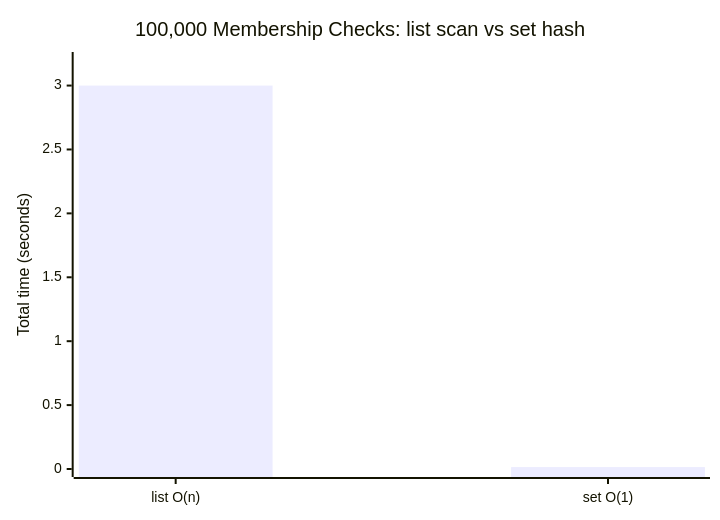
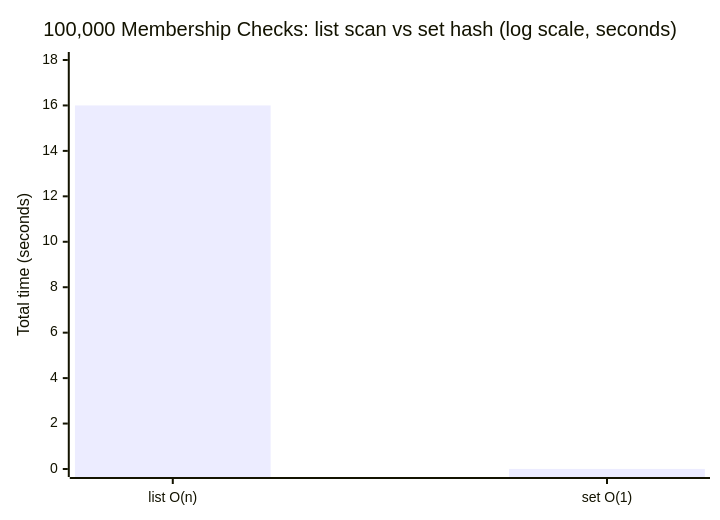
The third of 4 diagrams in src/main/java/com/rutik/systemdesign/python/collections_and_data_structures/README.md (rppol/system-design), drawn with Mermaid before and after one commit. The commit also changed other lines of this file and 6 other files, not shown here.

````diff
--- a/src/main/java/com/rutik/systemdesign/python/collections_and_data_structures/README.md
+++ b/src/main/java/com/rutik/systemdesign/python/collections_and_data_structures/README.md
@@ -816,7 +823,7 @@
 ```mermaid
 xychart-beta
-    title "100,000 Membership Checks: list scan vs set hash"
+    title "100,000 Membership Checks: list scan vs set hash (log scale, seconds)"
     x-axis ["list O(n)", "set O(1)"]
-    y-axis "Total time (seconds)" 0 --> 3.2
-    bar [3, 0.015]
+    y-axis "Total time (seconds)" 0 --> 18
+    bar [16, 0.004]
 ```
````
